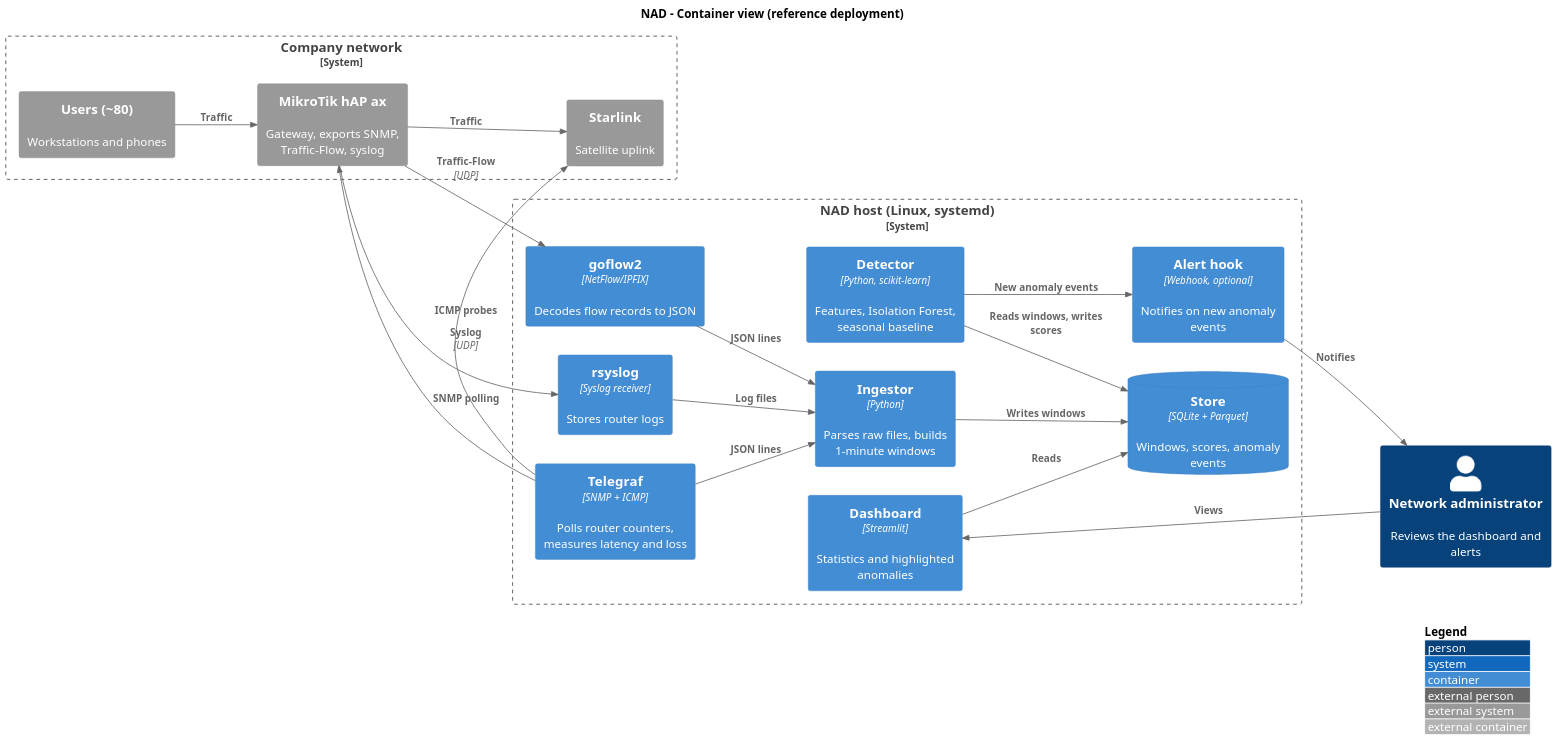
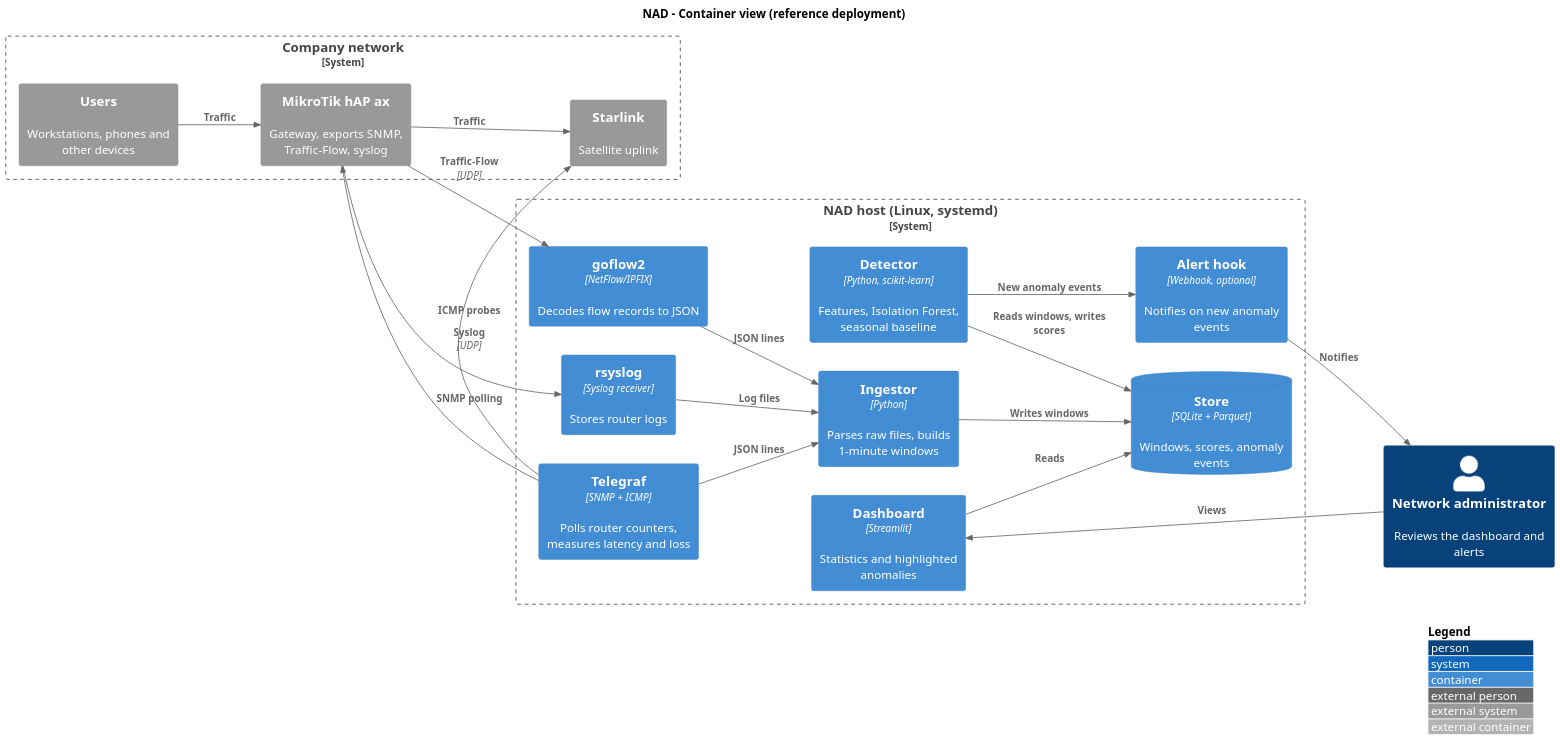
Before and after one commit to RStephanH/NAD: the diagram in docs/diagrams/nad-containers.puml, drawn with PlantUML. The commit also changed 7 other files, not shown here.

```diff
--- a/docs/diagrams/nad-containers.puml
+++ b/docs/diagrams/nad-containers.puml
@@ -1,46 +1,46 @@
 @startuml nad-containers
 !include <C4/C4_Container>
 LAYOUT_LEFT_RIGHT()
 LAYOUT_WITH_LEGEND()
 skinparam dpi 150
 
 title NAD - Container view (reference deployment)
 
 Person(admin, "Network administrator", "Reviews the dashboard and alerts")
 
 System_Boundary(site, "Company network") {
-  System_Ext(users, "Users (~80)", "Workstations and phones")
+  System_Ext(users, "Users", "Workstations, phones and other devices")
   System_Ext(gateway, "MikroTik hAP ax", "Gateway, exports SNMP, Traffic-Flow, syslog")
   System_Ext(uplink, "Starlink", "Satellite uplink")
 }
 
 System_Boundary(nad, "NAD host (Linux, systemd)") {
   Container(telegraf, "Telegraf", "SNMP + ICMP", "Polls router counters, measures latency and loss")
   Container(goflow, "goflow2", "NetFlow/IPFIX", "Decodes flow records to JSON")
   Container(rsyslog, "rsyslog", "Syslog receiver", "Stores router logs")
   Container(ingest, "Ingestor", "Python", "Parses raw files, builds 1-minute windows")
   ContainerDb(store, "Store", "SQLite + Parquet", "Windows, scores, anomaly events")
   Container(detector, "Detector", "Python, scikit-learn", "Features, Isolation Forest, seasonal baseline")
   Container(dashboard, "Dashboard", "Streamlit", "Statistics and highlighted anomalies")
   Container(alerts, "Alert hook", "Webhook, optional", "Notifies on new anomaly events")
 }
 
 Rel(users, gateway, "Traffic")
 Rel(gateway, uplink, "Traffic")
 
 Rel(telegraf, gateway, "SNMP polling")
 Rel(telegraf, uplink, "ICMP probes")
 Rel(gateway, goflow, "Traffic-Flow", "UDP")
 Rel(gateway, rsyslog, "Syslog", "UDP")
 
 Rel(telegraf, ingest, "JSON lines")
 Rel(goflow, ingest, "JSON lines")
 Rel(rsyslog, ingest, "Log files")
 Rel(ingest, store, "Writes windows")
 Rel(detector, store, "Reads windows, writes scores")
 Rel(dashboard, store, "Reads")
 Rel(detector, alerts, "New anomaly events")
 
 Rel(admin, dashboard, "Views")
 Rel(alerts, admin, "Notifies")
 @enduml
```
